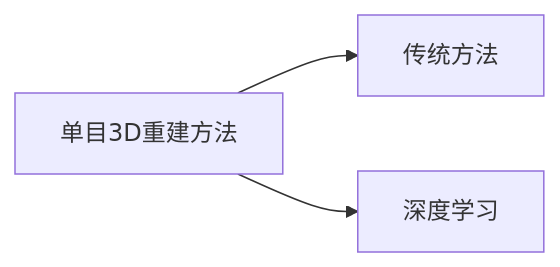
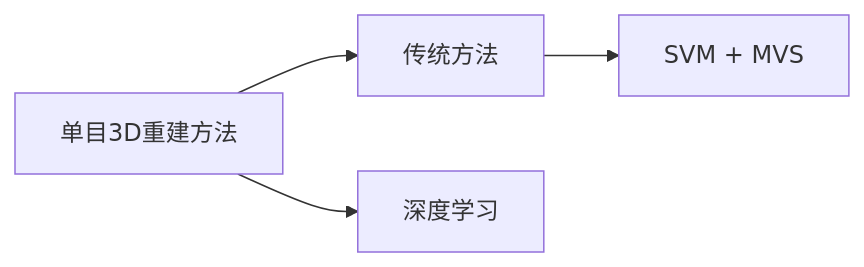
One commit to 404AleFound/obsidian-note changed the diagram in 04-work-diary/港研院/清淤机器人/文献笔记/【2023】Han et al..md. Above: the diagram before and after it, drawn with Mermaid.

Commit message:
2026-09-29 22:52:33: obsidian note auto commit ale-macAir

````diff
--- a/04-work-diary/港研院/清淤机器人/文献笔记/【2023】Han et al..md
+++ b/04-work-diary/港研院/清淤机器人/文献笔记/【2023】Han et al..md
@@ -9,5 +9,5 @@
 ```mermaid
 graph LR
-A[单目3D重建方法] --> B[传统方法];
+A[单目3D重建方法] --> B[传统方法] --> D[SVM + MVS];
 A --> C[深度学习]
 ```
````
